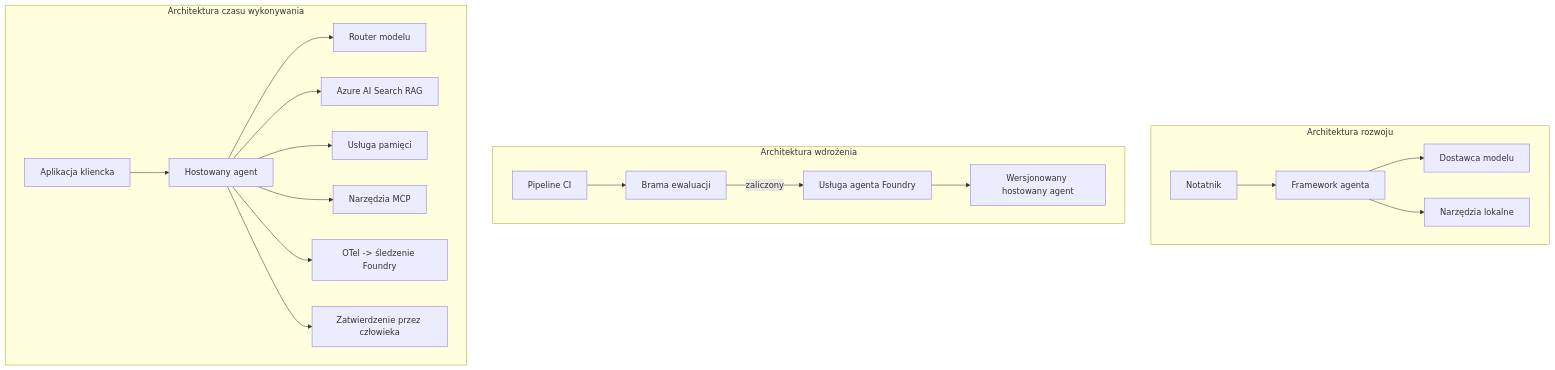
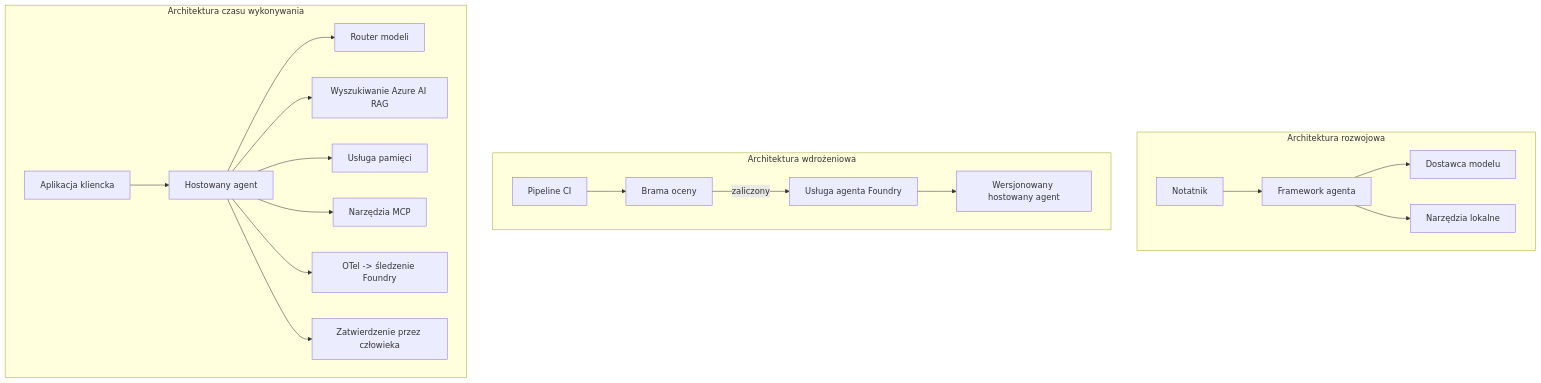
The fourth of 4 diagrams in mirrors/repos/microsoft@ai-agents-for-beginners/translations/pl/16-deploying-scalable-agents/README.md (gabrielmoreira/agent-skills-mirror), drawn with Mermaid before and after one commit. The commit also changed other lines of this file and 4262 other files, not shown here.

````diff
--- a/mirrors/repos/microsoft@ai-agents-for-beginners/translations/pl/16-deploying-scalable-agents/README.md
+++ b/mirrors/repos/microsoft@ai-agents-for-beginners/translations/pl/16-deploying-scalable-agents/README.md
@@ -185,22 +185,22 @@
 ```mermaid
 flowchart TB
-    subgraph Dev[Architektura rozwoju]
+    subgraph Dev[Architektura rozwojowa]
         D1[Notatnik] --> D2[Framework agenta]
         D2 --> D3[Dostawca modelu]
         D2 --> D4[Narzędzia lokalne]
     end
-    subgraph Deploy[Architektura wdrożenia]
-        E1[Pipeline CI] --> E2[Brama ewaluacji]
+    subgraph Deploy[Architektura wdrożeniowa]
+        E1[Pipeline CI] --> E2[Brama oceny]
         E2 -->|zaliczony| E3[Usługa agenta Foundry]
         E3 --> E4[Wersjonowany hostowany agent]
     end
     subgraph Run[Architektura czasu wykonywania]
         F1[Aplikacja kliencka] --> F2[Hostowany agent]
-        F2 --> F3[Router modelu]
-        F2 --> F4[Azure AI Search RAG]
+        F2 --> F3[Router modeli]
+        F2 --> F4[Wyszukiwanie Azure AI RAG]
         F2 --> F5[Usługa pamięci]
         F2 --> F6[Narzędzia MCP]
         F2 --> F7[OTel -> śledzenie Foundry]
         F2 --> F8[Zatwierdzenie przez człowieka]
     end
 ```
````
